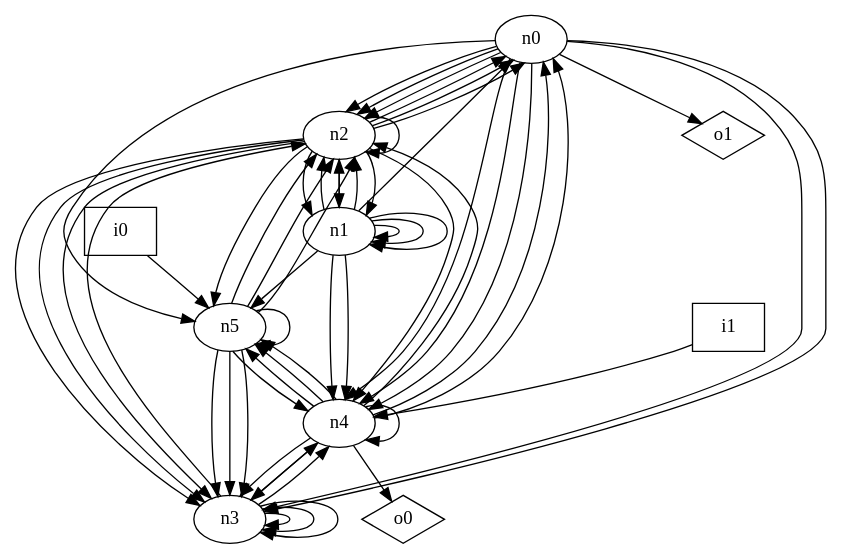
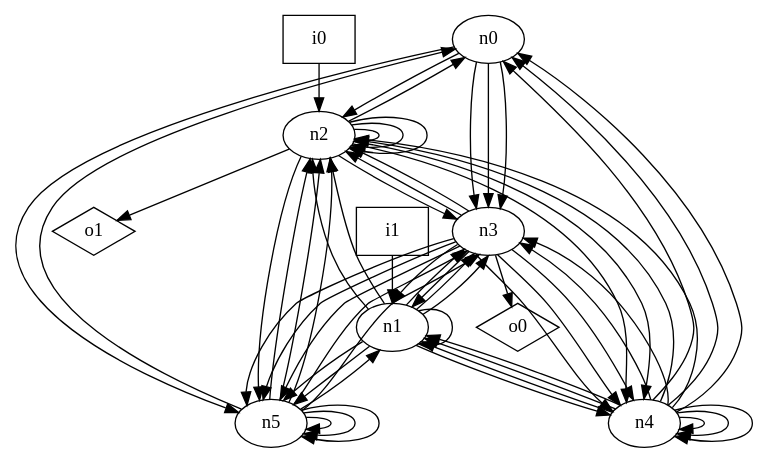
The diagram in dot_files/random/random_graph.dot (p9romain/bool-circuits), drawn with Graphviz before and after one commit. The commit also changed 87 other files, not shown here.

```diff
--- a/dot_files/random/random_graph.dot
+++ b/dot_files/random/random_graph.dot
@@ -1,70 +1,71 @@
 digraph G {
 n0 [label="n0"];
 n1 [label="n1"];
 n2 [label="n2"];
 n3 [label="n3"];
 n4 [label="n4"];
 n5 [label="n5"];
 n6 [label="i0",shape="box"];
 n7 [label="i1",shape="box"];
 n8 [label="o0",shape="diamond"];
 n9 [label="o1",shape="diamond"];
 n0 -> n2
-n0 -> n2
-n0 -> n2
 n0 -> n3
 n0 -> n3
-n0 -> n4
-n0 -> n4
-n0 -> n4
+n0 -> n3
 n0 -> n5
-n0 -> n9
-n1 -> n0
-n1 -> n1
-n1 -> n1
 n1 -> n1
 n1 -> n2
 n1 -> n2
-n1 -> n2
-n1 -> n4
+n1 -> n3
+n1 -> n3
+n1 -> n3
 n1 -> n4
 n1 -> n5
+n1 -> n5
 n2 -> n0
-n2 -> n0
-n2 -> n0
-n2 -> n1
-n2 -> n1
-n2 -> n1
+n2 -> n2
+n2 -> n2
 n2 -> n2
 n2 -> n3
-n2 -> n3
-n2 -> n3
+n2 -> n4
 n2 -> n4
 n2 -> n5
+n2 -> n9
+n3 -> n1
+n3 -> n1
 n3 -> n2
-n3 -> n3
-n3 -> n3
-n3 -> n3
+n3 -> n2
 n3 -> n4
 n3 -> n4
+n3 -> n4
+n3 -> n5
+n3 -> n5
+n3 -> n5
+n3 -> n8
 n4 -> n0
 n4 -> n0
+n4 -> n0
+n4 -> n1
+n4 -> n1
+n4 -> n1
+n4 -> n2
 n4 -> n2
 n4 -> n3
 n4 -> n3
 n4 -> n4
-n4 -> n5
-n4 -> n5
-n4 -> n5
-n4 -> n8
+n4 -> n4
+n4 -> n4
+n5 -> n0
+n5 -> n1
 n5 -> n2
 n5 -> n2
 n5 -> n2
 n5 -> n3
 n5 -> n3
-n5 -> n3
-n5 -> n4
 n5 -> n5
-n6 -> n5
-n7 -> n4
+n5 -> n5
+n5 -> n5
+n6 -> n2
+n7 -> n1
 }
```
